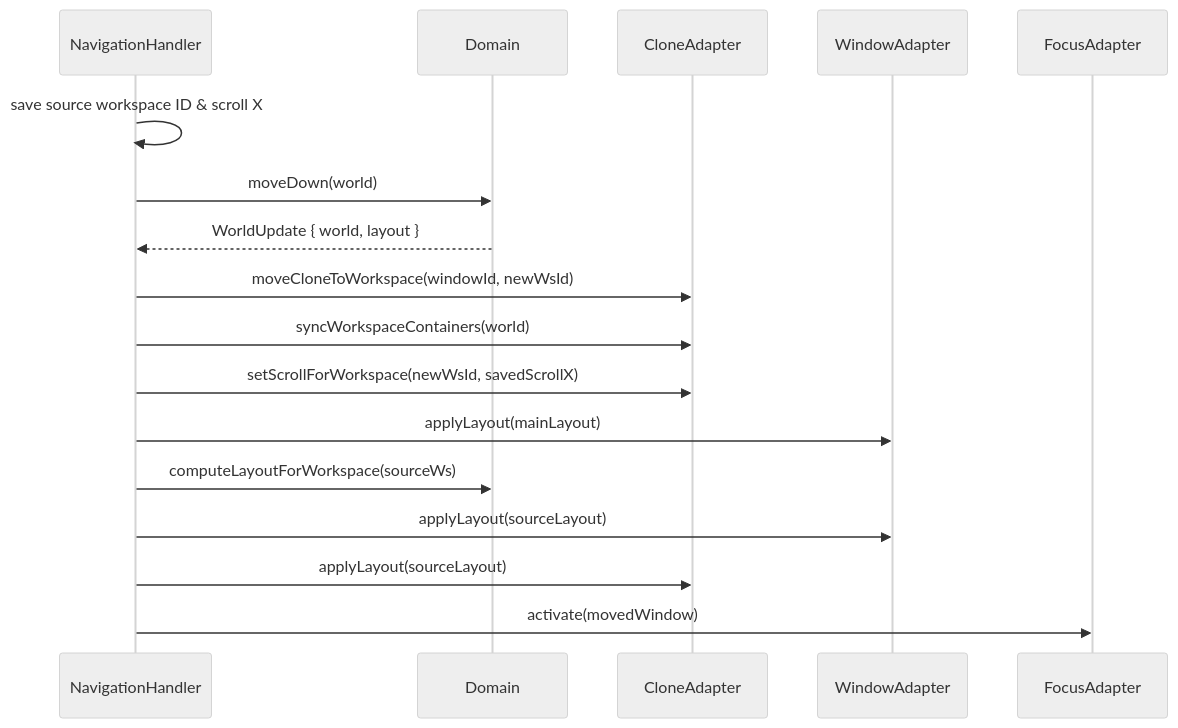
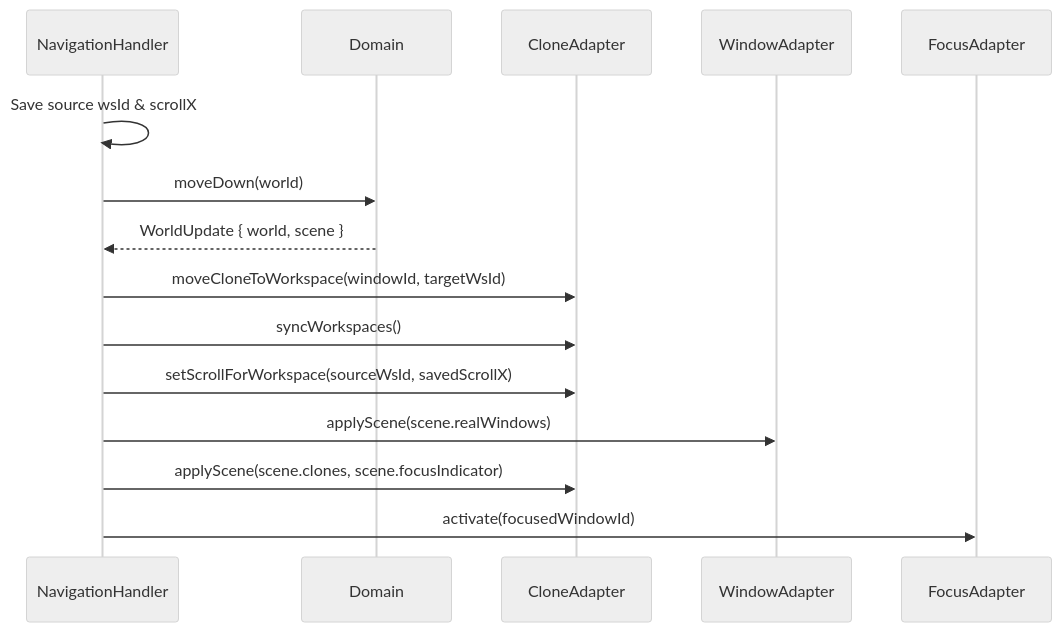
The eighth of 9 diagrams in docs/architecture.md (notiriel/kestrel), drawn with Mermaid (neutral theme) before and after one commit. The commit also changed other lines of this file and 8 other files, not shown here.

First line of the commit message:
Eliminate LayoutState intermediate type, inline layout into scene computation

````diff
--- a/docs/architecture.md
+++ b/docs/architecture.md
@@ -381,20 +502,18 @@
 ```mermaid
 sequenceDiagram
     participant NavH as NavigationHandler
     participant Domain
     participant Clone as CloneAdapter
-    participant WinA as WindowAdapter
+    participant WinAdapt as WindowAdapter
     participant Focus as FocusAdapter
 
-    NavH->>NavH: save source workspace ID & scroll X
+    NavH->>NavH: Save source wsId & scrollX
     NavH->>Domain: moveDown(world)
-    Domain-->>NavH: WorldUpdate { world, layout }
-    NavH->>Clone: moveCloneToWorkspace(windowId, newWsId)
-    NavH->>Clone: syncWorkspaceContainers(world)
-    NavH->>Clone: setScrollForWorkspace(newWsId, savedScrollX)
-    NavH->>WinA: applyLayout(mainLayout)
-    NavH->>Domain: computeLayoutForWorkspace(sourceWs)
-    NavH->>WinA: applyLayout(sourceLayout)
-    NavH->>Clone: applyLayout(sourceLayout)
-    NavH->>Focus: activate(movedWindow)
+    Domain-->>NavH: WorldUpdate { world, scene }
+    NavH->>Clone: moveCloneToWorkspace(windowId, targetWsId)
+    NavH->>Clone: syncWorkspaces()
+    NavH->>Clone: setScrollForWorkspace(sourceWsId, savedScrollX)
+    NavH->>WinAdapt: applyScene(scene.realWindows)
+    NavH->>Clone: applyScene(scene.clones, scene.focusIndicator)
+    NavH->>Focus: activate(focusedWindowId)
 ```
````
